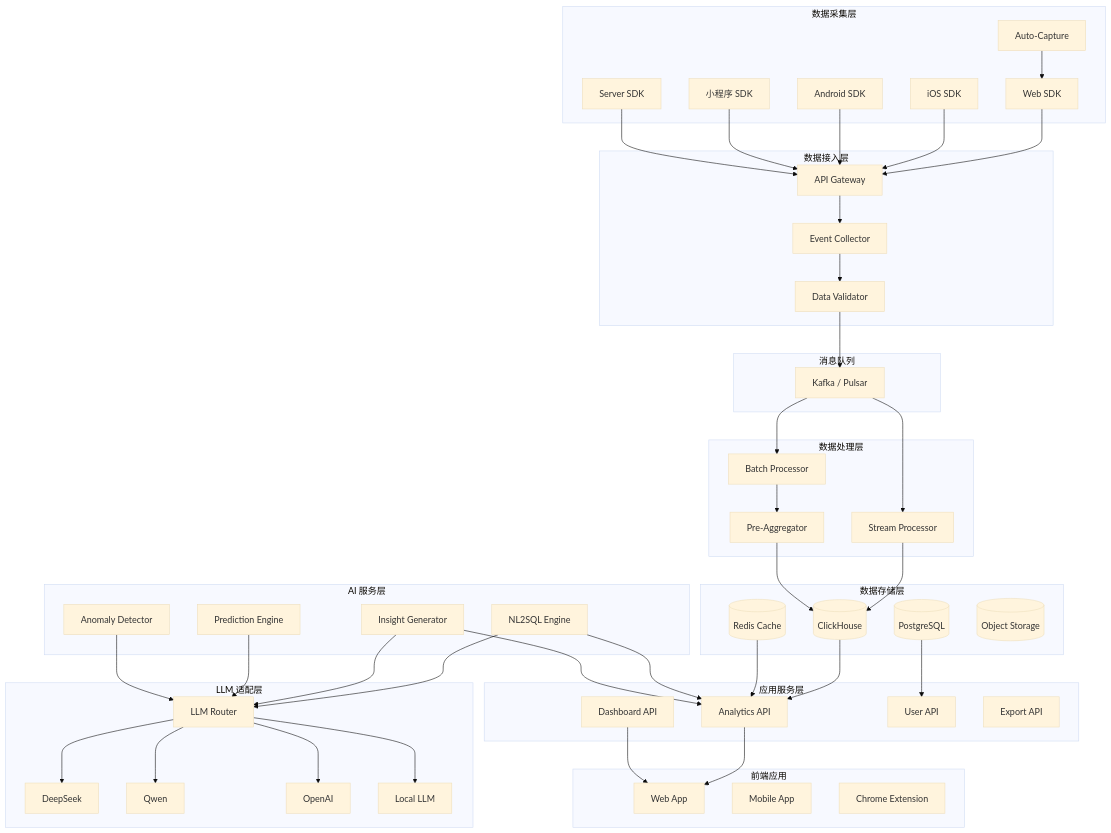
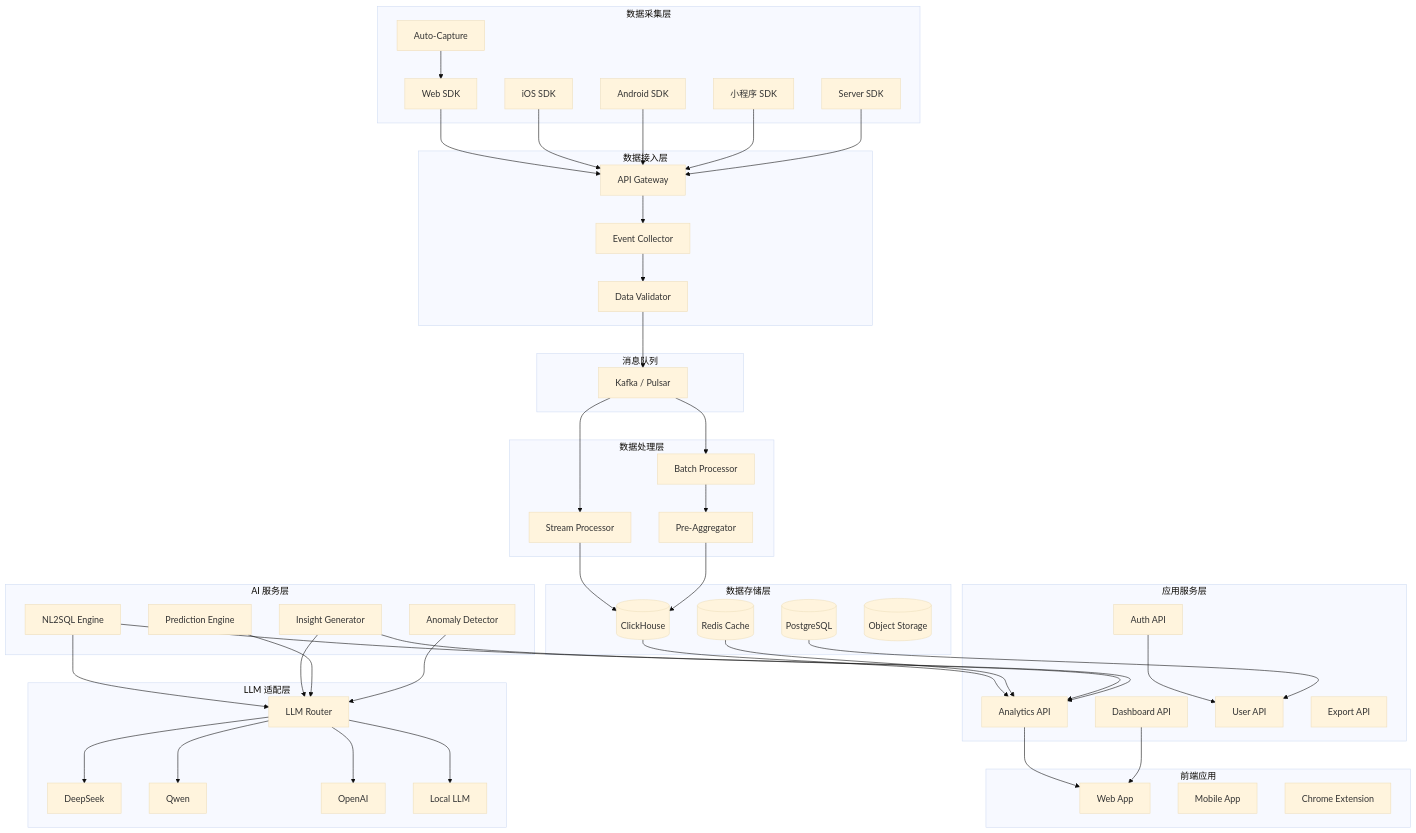
The first of 6 diagrams in doc/00_project/initiative_data-wings/SYSTEM_ARCHITECTURE.md (MARUCIE/data-wings), drawn with Mermaid (base theme) before and after one commit. The commit also changed other lines of this file and 37 other files, not shown here.

```diff
--- a/doc/00_project/initiative_data-wings/SYSTEM_ARCHITECTURE.md
+++ b/doc/00_project/initiative_data-wings/SYSTEM_ARCHITECTURE.md
@@ -85,6 +86,7 @@
     subgraph "应用服务层"
         AnalyticsAPI[Analytics API]
         DashboardAPI[Dashboard API]
+        AuthAPI[Auth API]
         UserAPI[User API]
         ExportAPI[Export API]
     end
@@ -114,6 +116,7 @@
 
     ClickHouse --> AnalyticsAPI
     Redis --> AnalyticsAPI
+    AuthAPI --> UserAPI
     PostgreSQL --> UserAPI
 
     NL2SQL --> LLMRouter
```
